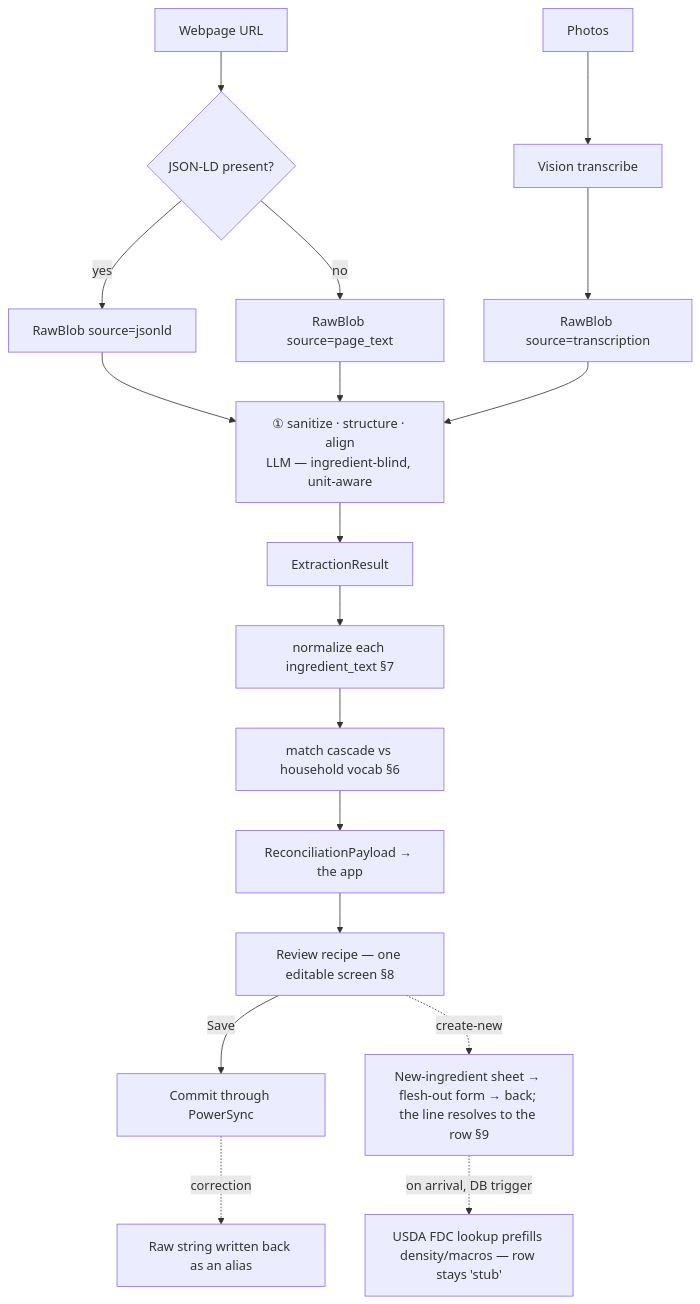
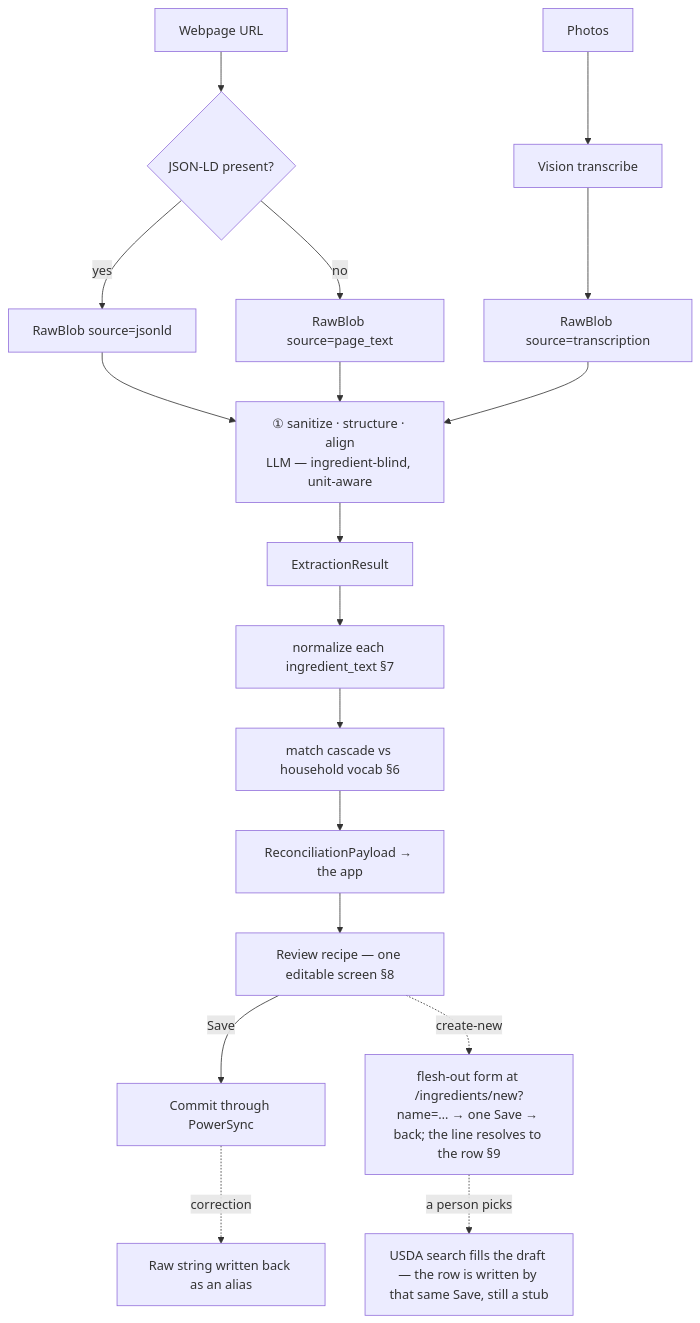
The diagram in docs/product-specs/import-and-matching.md (SimonBoothroyd/ansi), drawn with Mermaid before and after one commit. The commit also changed other lines of this file and 1 other file, not shown here.

````diff
--- a/docs/product-specs/import-and-matching.md
+++ b/docs/product-specs/import-and-matching.md
@@ -72,19 +72,19 @@
 ```mermaid
 flowchart TD
     A1[Webpage URL] --> B1{JSON-LD present?}
     B1 -->|yes| C[RawBlob source=jsonld]
     B1 -->|no| C2[RawBlob source=page_text]
     A2[Photos] --> B3[Vision transcribe] --> C3[RawBlob source=transcription]
     C --> D
     C2 --> D
     C3 --> D
     D["① sanitize · structure · align<br/>LLM — ingredient-blind, unit-aware"] --> E[ExtractionResult]
     E --> F[normalize each ingredient_text §7]
     F --> G[match cascade vs household vocab §6]
     G --> H[ReconciliationPayload → the app]
     H --> I["Review recipe — one editable screen §8"]
     I -->|Save| J[Commit through PowerSync]
-    I -.create-new.-> K[New-ingredient sheet → flesh-out form → back; the line resolves to the row §9]
+    I -.create-new.-> K[flesh-out form at /ingredients/new?name=… → one Save → back; the line resolves to the row §9]
     J -.correction.-> L[Raw string written back as an alias]
-    K -.on arrival, DB trigger.-> M[USDA FDC lookup prefills density/macros — row stays 'stub']
+    K -.a person picks.-> M[USDA search fills the draft — the row is written by that same Save, still a stub]
 ```
````
